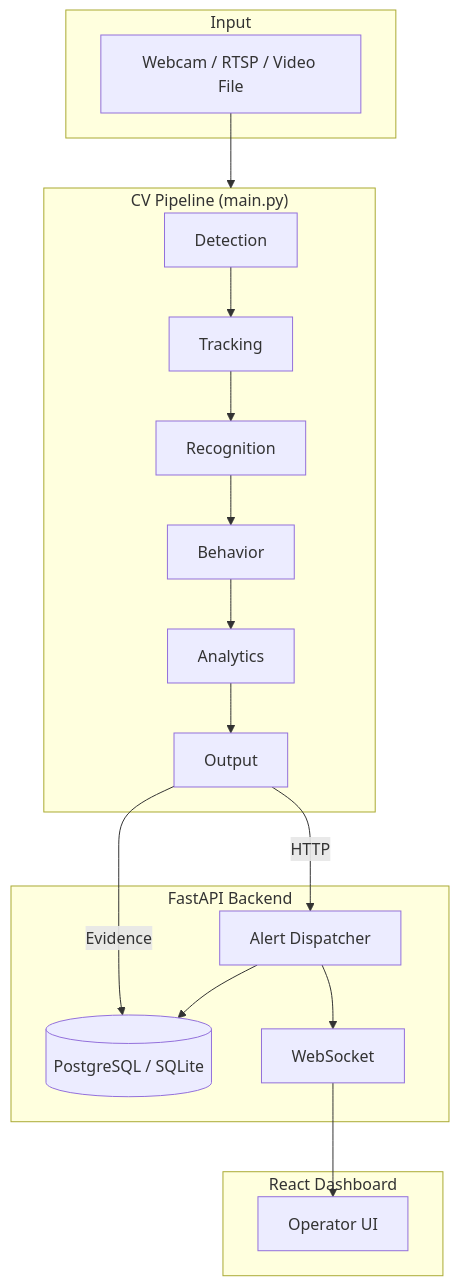
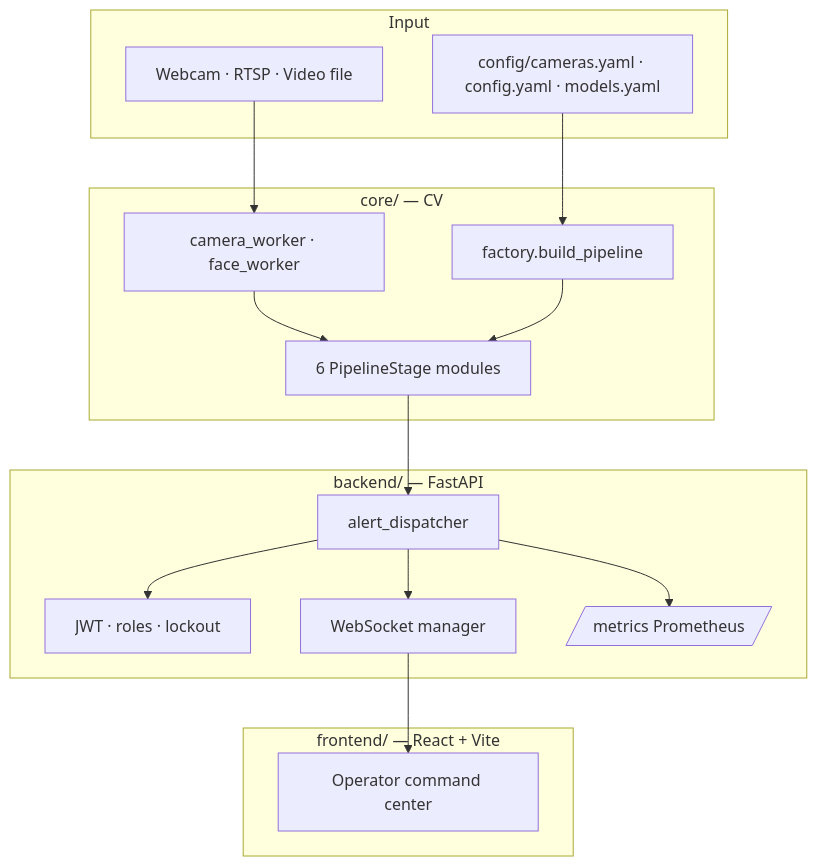
Before and after one commit to 0xdevabir/aegis-vision: the third of 3 diagrams in README.md, drawn with Mermaid. The commit also changed other lines of this file and 19 other files, not shown here.

````diff
--- a/README.md
+++ b/README.md
@@ -65,31 +124,31 @@
 ```mermaid
 flowchart TB
     subgraph Input
-        CAM[Webcam / RTSP / Video File]
+        CAM[Webcam · RTSP · Video file]
+        YAML[config/cameras.yaml · config.yaml · models.yaml]
     end
 
-    subgraph Pipeline["CV Pipeline (main.py)"]
-        D[Detection] --> T[Tracking]
-        T --> R[Recognition]
-        R --> B[Behavior]
-        B --> A[Analytics]
-        A --> O[Output]
+    subgraph Core["core/ — CV"]
+        FAC[factory.build_pipeline]
+        STG[6 PipelineStage modules]
+        WRK[camera_worker · face_worker]
     end
 
-    subgraph Backend["FastAPI Backend"]
-        AD[Alert Dispatcher]
-        DB[(PostgreSQL / SQLite)]
-        WS[WebSocket]
+    subgraph API["backend/ — FastAPI"]
+        DISP[alert_dispatcher]
+        AUTH[JWT · roles · lockout]
+        WS[WebSocket manager]
+        MET[/metrics Prometheus/]
     end
 
-    subgraph Frontend["React Dashboard"]
-        UI[Operator UI]
+    subgraph UI["frontend/ — React + Vite"]
+        DASH[Operator command center]
     end
 
-    CAM --> Pipeline
-    O -->|HTTP| AD
-    AD --> DB
-    AD --> WS
-    WS --> UI
-    O -->|Evidence| DB
+    CAM --> WRK --> STG
+    YAML --> FAC --> STG
+    STG --> DISP
+    DISP --> WS --> DASH
+    DISP --> AUTH
+    DISP --> MET
 ```
````
